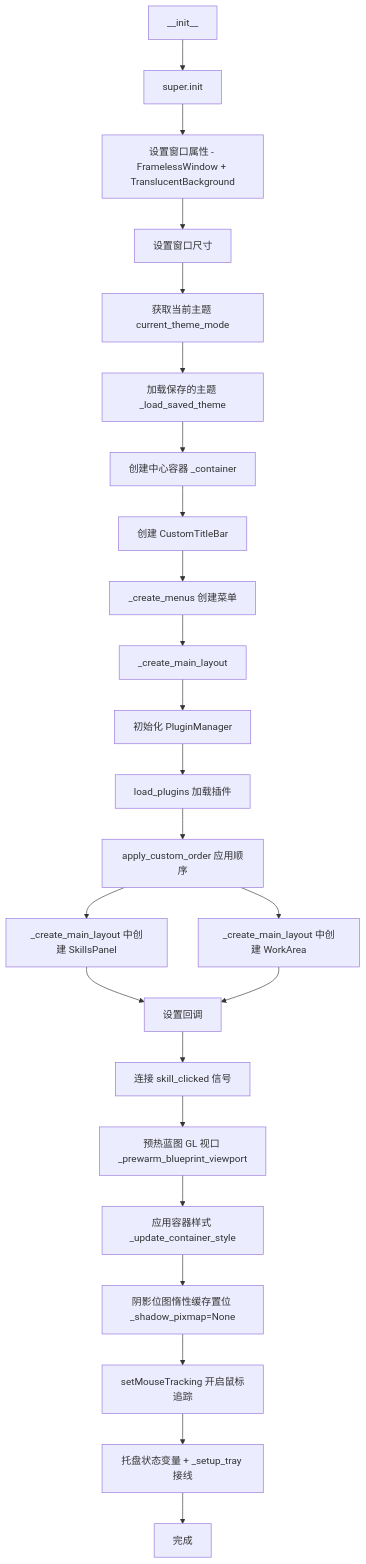
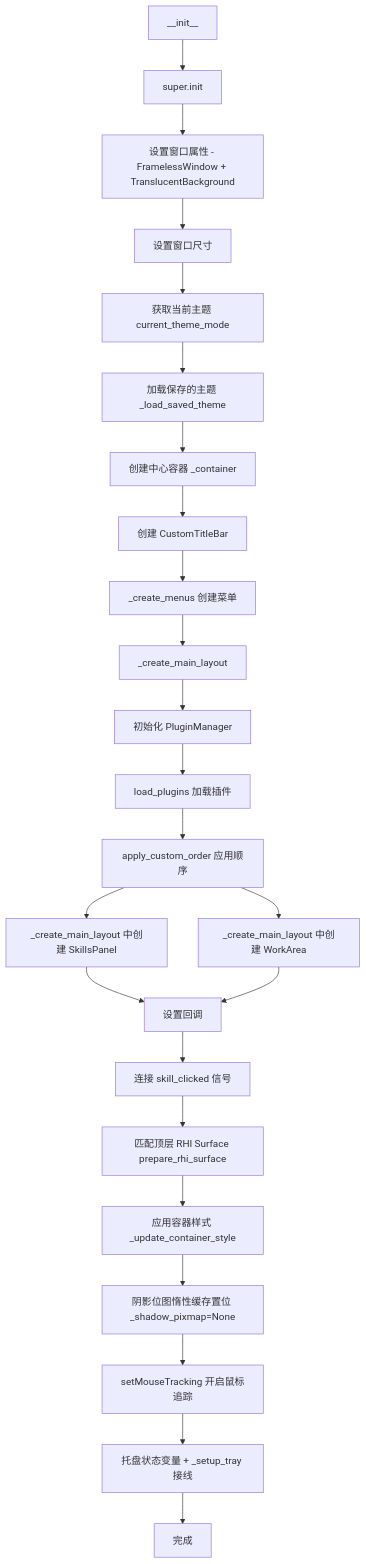
Before and after one commit to KKPIP-Tech/InstructionX: the third of 5 diagrams in docs/ui/main-window.md, drawn with Mermaid. The commit also changed other lines of this file and 12 other files, not shown here.

````diff
--- a/docs/ui/main-window.md
+++ b/docs/ui/main-window.md
@@ -237,28 +237,28 @@
 ```mermaid
 flowchart TD
     A[__init__] --> B[super.init]
     B --> C[设置窗口属性 - FramelessWindow + TranslucentBackground]
     C --> D[设置窗口尺寸]
     D --> E[获取当前主题 current_theme_mode]
     E --> F[加载保存的主题 _load_saved_theme]
     F --> G[创建中心容器 _container]
     G --> H[创建 CustomTitleBar]
     H --> I[_create_menus 创建菜单]
     I --> J[_create_main_layout]
 
     J --> K[初始化 PluginManager]
     K --> L[load_plugins 加载插件]
     L --> M[apply_custom_order 应用顺序]
 
     M --> N[_create_main_layout 中创建 SkillsPanel]
     M --> O[_create_main_layout 中创建 WorkArea]
     N --> P[设置回调]
     O --> P
     P --> Q[连接 skill_clicked 信号]
-    Q --> PW[预热蓝图 GL 视口 _prewarm_blueprint_viewport]
+    Q --> PW[匹配顶层 RHI Surface prepare_rhi_surface]
     PW --> R[应用容器样式 _update_container_style]
     R --> R2[阴影位图惰性缓存置位 _shadow_pixmap=None]
     R2 --> R3[setMouseTracking 开启鼠标追踪]
     R3 --> R4[托盘状态变量 + _setup_tray 接线]
     R4 --> S[完成]
 ```
````
